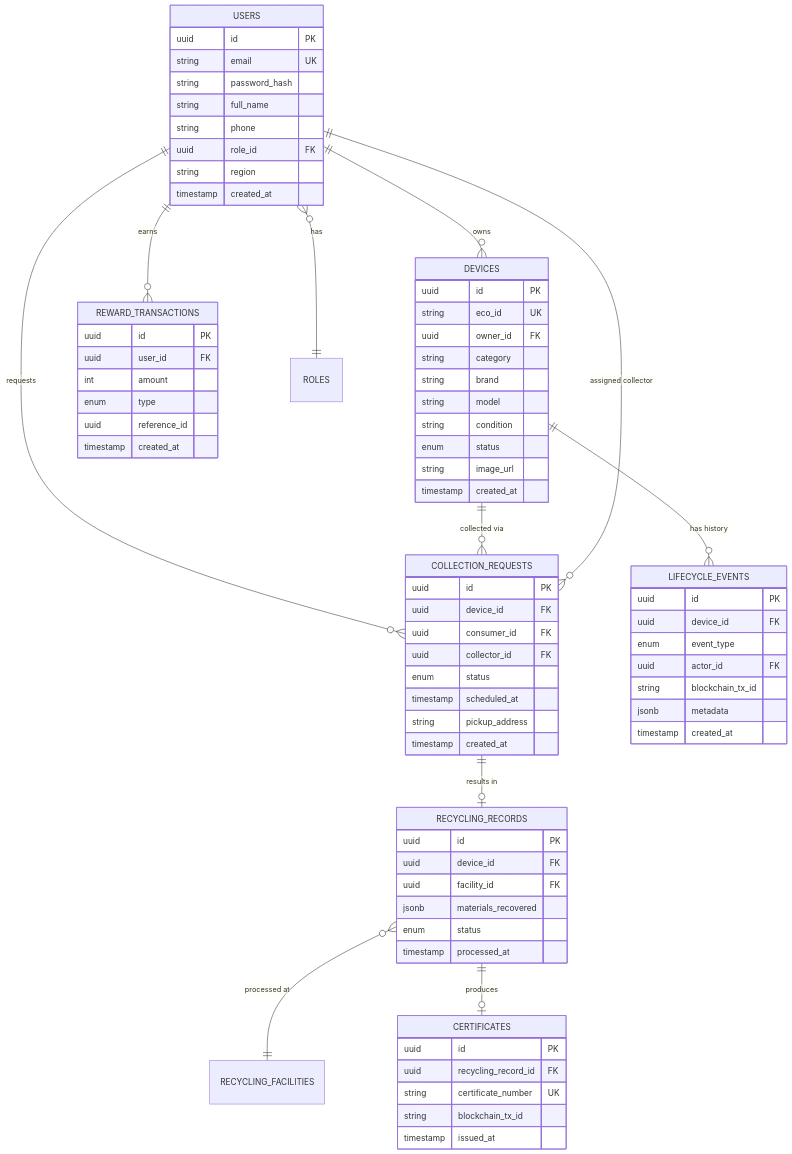
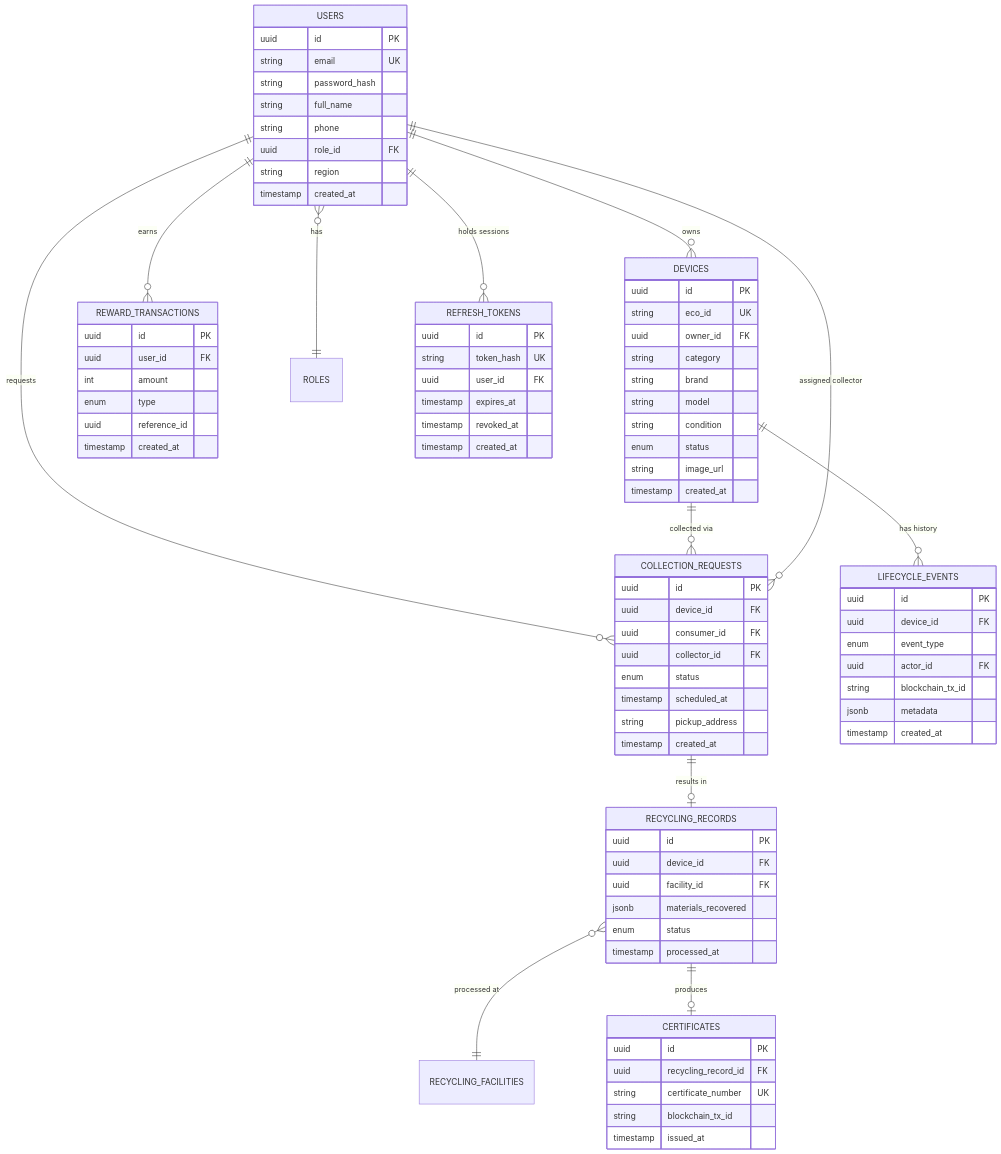
Before and after one commit to Edith-Stark06/Eco-Trace-Warriors: the diagram in docs/engineering/04_DATABASE.md, drawn with Mermaid. The commit also changed other lines of this file and 33 other files, not shown here.

```diff
--- a/docs/engineering/04_DATABASE.md
+++ b/docs/engineering/04_DATABASE.md
@@ -78,6 +78,7 @@
     RECYCLING_RECORDS }o--|| RECYCLING_FACILITIES : "processed at"
     RECYCLING_RECORDS ||--o| CERTIFICATES : produces
     USERS }o--|| ROLES : has
+    USERS ||--o{ REFRESH_TOKENS : "holds sessions"
 
     USERS {
         uuid id PK
@@ -87,6 +88,14 @@
         string phone
         uuid role_id FK
         string region
+        timestamp created_at
+    }
+    REFRESH_TOKENS {
+        uuid id PK
+        string token_hash UK
+        uuid user_id FK
+        timestamp expires_at
+        timestamp revoked_at
         timestamp created_at
     }
     DEVICES {
```
